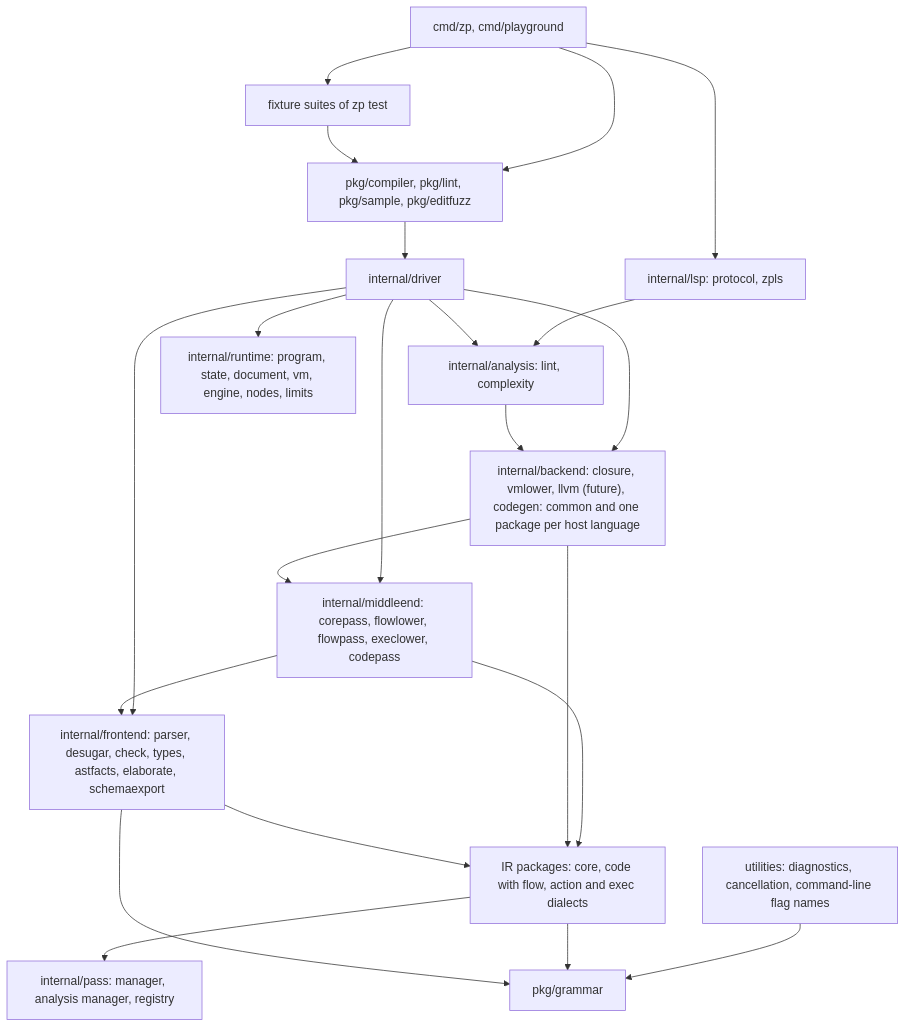
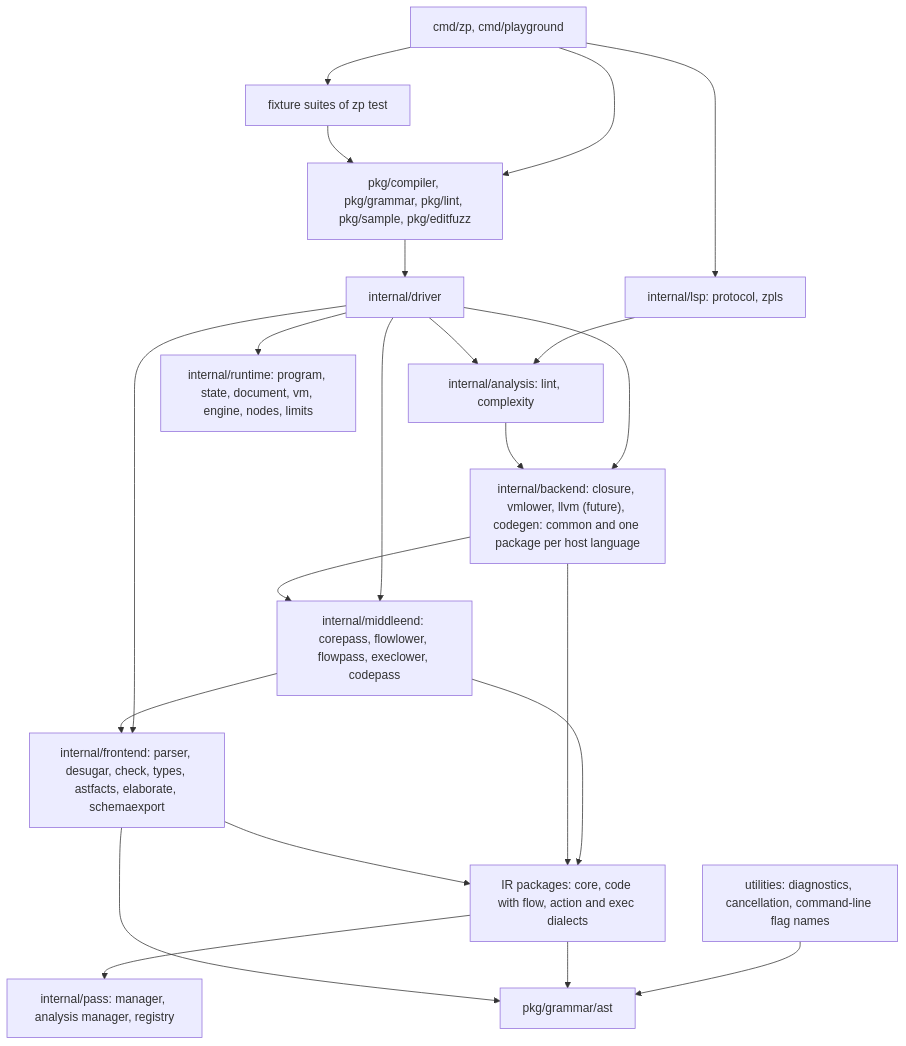
One commit to syntaxir/syntaxir changed the diagram in docs/design/records/072-release-package-layout.md. Above: the diagram before and after it, drawn with Mermaid. The commit also changed other lines of this file and 14 other files, not shown here.

First line of the commit message:
State the grammar AST layer at pkg/grammar/ast

````diff
--- a/docs/design/records/072-release-package-layout.md
+++ b/docs/design/records/072-release-package-layout.md
@@ -143,22 +147,22 @@
 ```mermaid
 flowchart TD
-  cmd["cmd/zp, cmd/playground"] --> pub["pkg/compiler, pkg/lint, pkg/sample, pkg/editfuzz"]
+  cmd["cmd/zp, cmd/playground"] --> pub["pkg/compiler, pkg/grammar, pkg/lint, pkg/sample, pkg/editfuzz"]
   pub --> driver["internal/driver"]
   cmd --> fixture["fixture suites of zp test"] --> pub
   driver --> backend["internal/backend: closure, vmlower, llvm (future), codegen: common and one package per host language"]
   driver --> middle["internal/middleend: corepass, flowlower, flowpass, execlower, codepass"]
   driver --> front["internal/frontend: parser, desugar, check, types, astfacts, elaborate, schemaexport"]
   middle --> ir["IR packages: core, code with flow, action and exec dialects"]
   backend --> ir
   front --> ir
   ir --> pass["internal/pass: manager, analysis manager, registry"]
-  util["utilities: diagnostics, cancellation, command-line flag names"] --> gram["pkg/grammar"]
+  util["utilities: diagnostics, cancellation, command-line flag names"] --> gram["pkg/grammar/ast"]
   ir --> gram
   cmd --> lsp["internal/lsp: protocol, zpls"] --> analysis["internal/analysis: lint, complexity"]
   driver --> analysis
   analysis --> backend
   backend --> middle
   middle --> front
   front --> gram
   driver --> rt["internal/runtime: program, state, document, vm, engine, nodes, limits"]
 ```
````
